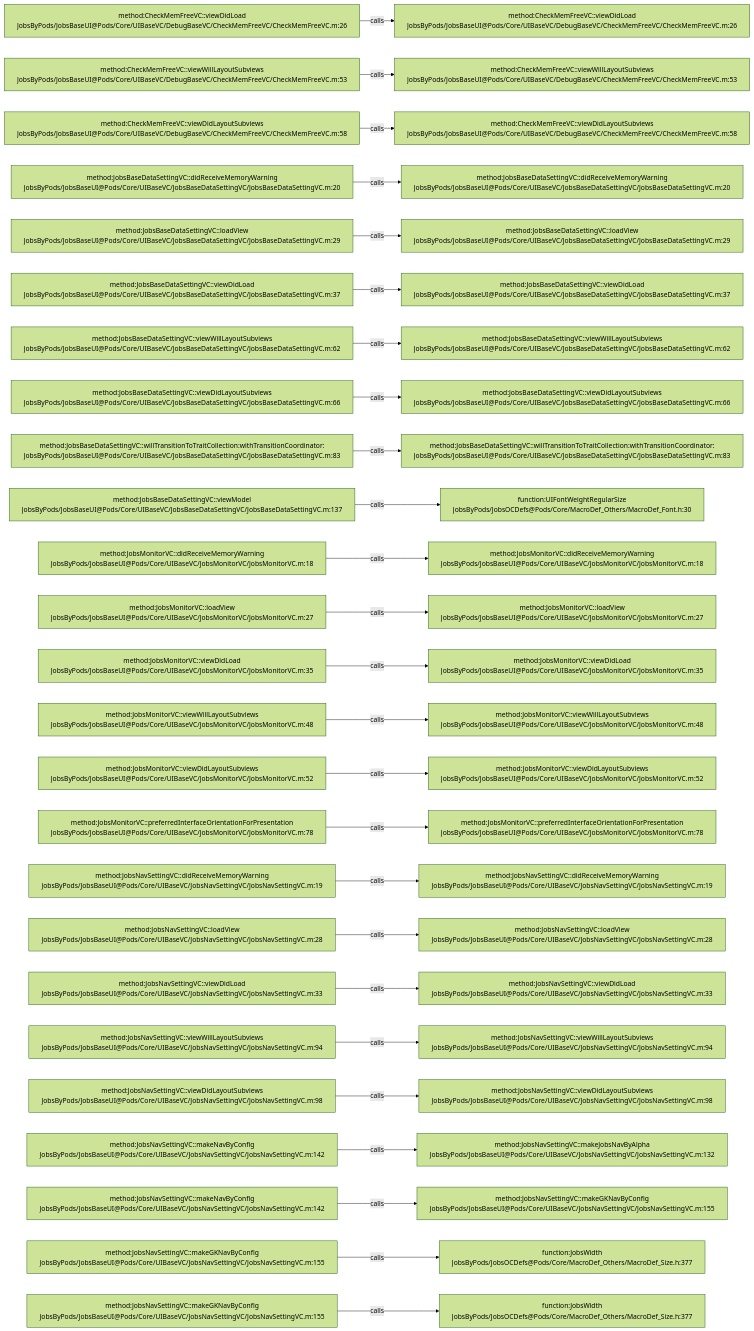
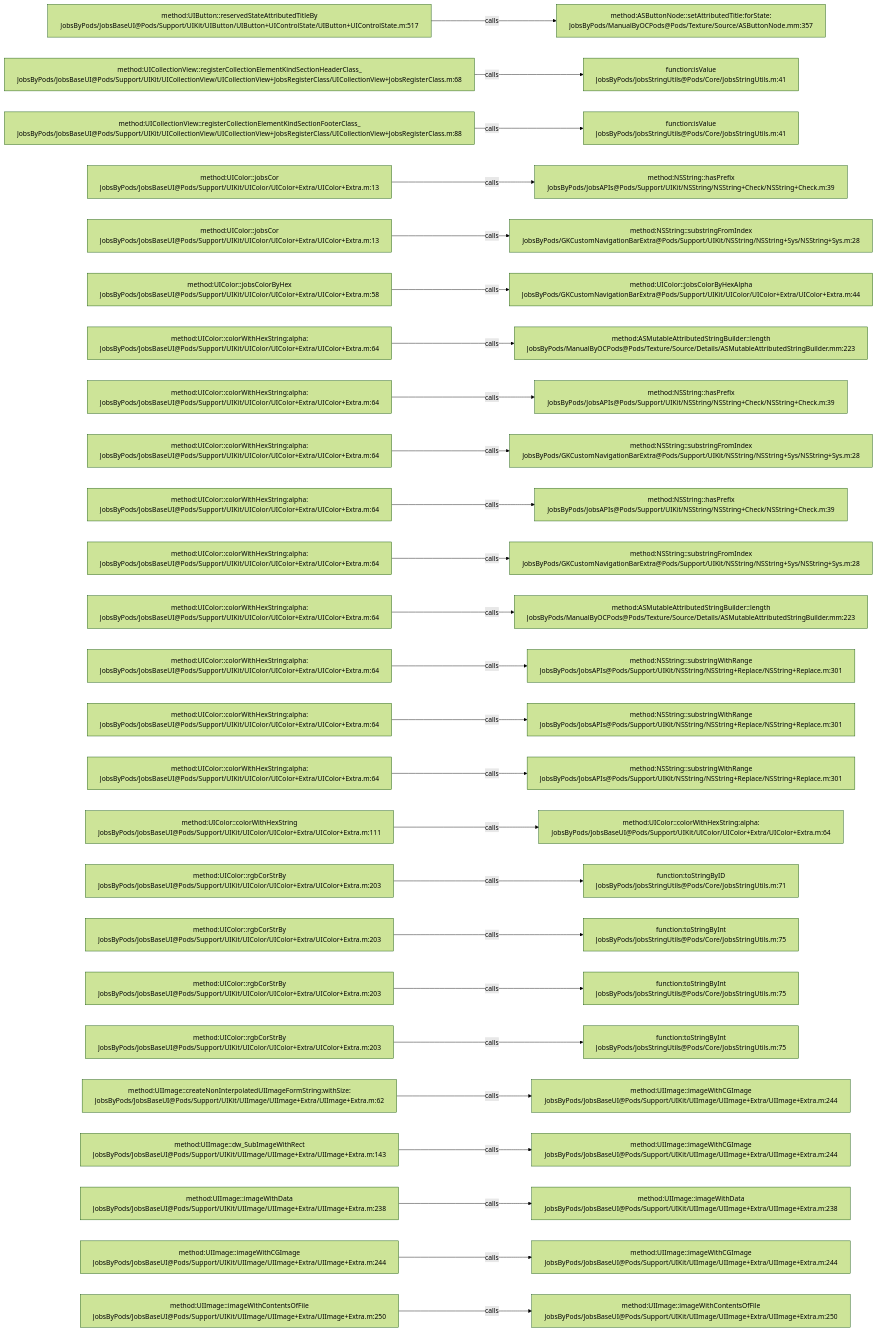
Before and after one commit to JobsKits/JobsOCBaseConfigDemo: the diagram in .codegraph/codegraph.md/graphs/calls-044.md, drawn with Mermaid (forest theme). The commit also changed 1026 other files, not shown here.

````diff
--- a/.codegraph/codegraph.md/graphs/calls-044.md
+++ b/.codegraph/codegraph.md/graphs/calls-044.md
@@ -13,78 +13,78 @@
 ```mermaid
 flowchart LR
-  S1["method:CheckMemFreeVC::viewDidLoad<br/>JobsByPods/JobsBaseUI@Pods/Core/UIBaseVC/DebugBaseVC/CheckMemFreeVC/CheckMemFreeVC.m:26"]
-  T1["method:CheckMemFreeVC::viewDidLoad<br/>JobsByPods/JobsBaseUI@Pods/Core/UIBaseVC/DebugBaseVC/CheckMemFreeVC/CheckMemFreeVC.m:26"]
+  S1["method:UIButton::reservedStateAttributedTitleBy<br/>JobsByPods/JobsBaseUI@Pods/Support/UIKit/UIButton/UIButton+UIControlState/UIButton+UIControlState.m:517"]
+  T1["method:ASButtonNode::setAttributedTitle:forState:<br/>JobsByPods/ManualByOCPods@Pods/Texture/Source/ASButtonNode.mm:357"]
   S1 -->|calls| T1
-  S2["method:CheckMemFreeVC::viewWillLayoutSubviews<br/>JobsByPods/JobsBaseUI@Pods/Core/UIBaseVC/DebugBaseVC/CheckMemFreeVC/CheckMemFreeVC.m:53"]
-  T2["method:CheckMemFreeVC::viewWillLayoutSubviews<br/>JobsByPods/JobsBaseUI@Pods/Core/UIBaseVC/DebugBaseVC/CheckMemFreeVC/CheckMemFreeVC.m:53"]
+  S2["method:UICollectionView::registerCollectionElementKindSectionHeaderClass_<br/>JobsByPods/JobsBaseUI@Pods/Support/UIKit/UICollectionView/UICollectionView+JobsRegisterClass/UICollectionView+JobsRegisterClass.m:68"]
+  T2["function:isValue<br/>JobsByPods/JobsStringUtils@Pods/Core/JobsStringUtils.m:41"]
   S2 -->|calls| T2
-  S3["method:CheckMemFreeVC::viewDidLayoutSubviews<br/>JobsByPods/JobsBaseUI@Pods/Core/UIBaseVC/DebugBaseVC/CheckMemFreeVC/CheckMemFreeVC.m:58"]
-  T3["method:CheckMemFreeVC::viewDidLayoutSubviews<br/>JobsByPods/JobsBaseUI@Pods/Core/UIBaseVC/DebugBaseVC/CheckMemFreeVC/CheckMemFreeVC.m:58"]
+  S3["method:UICollectionView::registerCollectionElementKindSectionFooterClass_<br/>JobsByPods/JobsBaseUI@Pods/Support/UIKit/UICollectionView/UICollectionView+JobsRegisterClass/UICollectionView+JobsRegisterClass.m:88"]
+  T3["function:isValue<br/>JobsByPods/JobsStringUtils@Pods/Core/JobsStringUtils.m:41"]
   S3 -->|calls| T3
-  S4["method:JobsBaseDataSettingVC::didReceiveMemoryWarning<br/>JobsByPods/JobsBaseUI@Pods/Core/UIBaseVC/JobsBaseDataSettingVC/JobsBaseDataSettingVC.m:20"]
-  T4["method:JobsBaseDataSettingVC::didReceiveMemoryWarning<br/>JobsByPods/JobsBaseUI@Pods/Core/UIBaseVC/JobsBaseDataSettingVC/JobsBaseDataSettingVC.m:20"]
+  S4["method:UIColor::jobsCor<br/>JobsByPods/JobsBaseUI@Pods/Support/UIKit/UIColor/UIColor+Extra/UIColor+Extra.m:13"]
+  T4["method:NSString::hasPrefix<br/>JobsByPods/JobsAPIs@Pods/Support/UIKit/NSString/NSString+Check/NSString+Check.m:39"]
   S4 -->|calls| T4
-  S5["method:JobsBaseDataSettingVC::loadView<br/>JobsByPods/JobsBaseUI@Pods/Core/UIBaseVC/JobsBaseDataSettingVC/JobsBaseDataSettingVC.m:29"]
-  T5["method:JobsBaseDataSettingVC::loadView<br/>JobsByPods/JobsBaseUI@Pods/Core/UIBaseVC/JobsBaseDataSettingVC/JobsBaseDataSettingVC.m:29"]
+  S5["method:UIColor::jobsCor<br/>JobsByPods/JobsBaseUI@Pods/Support/UIKit/UIColor/UIColor+Extra/UIColor+Extra.m:13"]
+  T5["method:NSString::substringFromIndex<br/>JobsByPods/GKCustomNavigationBarExtra@Pods/Support/UIKit/NSString/NSString+Sys/NSString+Sys.m:28"]
   S5 -->|calls| T5
-  S6["method:JobsBaseDataSettingVC::viewDidLoad<br/>JobsByPods/JobsBaseUI@Pods/Core/UIBaseVC/JobsBaseDataSettingVC/JobsBaseDataSettingVC.m:37"]
-  T6["method:JobsBaseDataSettingVC::viewDidLoad<br/>JobsByPods/JobsBaseUI@Pods/Core/UIBaseVC/JobsBaseDataSettingVC/JobsBaseDataSettingVC.m:37"]
+  S6["method:UIColor::jobsColorByHex<br/>JobsByPods/JobsBaseUI@Pods/Support/UIKit/UIColor/UIColor+Extra/UIColor+Extra.m:58"]
+  T6["method:UIColor::jobsColorByHexAlpha<br/>JobsByPods/GKCustomNavigationBarExtra@Pods/Support/UIKit/UIColor/UIColor+Extra/UIColor+Extra.m:44"]
   S6 -->|calls| T6
-  S7["method:JobsBaseDataSettingVC::viewWillLayoutSubviews<br/>JobsByPods/JobsBaseUI@Pods/Core/UIBaseVC/JobsBaseDataSettingVC/JobsBaseDataSettingVC.m:62"]
-  T7["method:JobsBaseDataSettingVC::viewWillLayoutSubviews<br/>JobsByPods/JobsBaseUI@Pods/Core/UIBaseVC/JobsBaseDataSettingVC/JobsBaseDataSettingVC.m:62"]
+  S7["method:UIColor::colorWithHexString:alpha:<br/>JobsByPods/JobsBaseUI@Pods/Support/UIKit/UIColor/UIColor+Extra/UIColor+Extra.m:64"]
+  T7["method:ASMutableAttributedStringBuilder::length<br/>JobsByPods/ManualByOCPods@Pods/Texture/Source/Details/ASMutableAttributedStringBuilder.mm:223"]
   S7 -->|calls| T7
-  S8["method:JobsBaseDataSettingVC::viewDidLayoutSubviews<br/>JobsByPods/JobsBaseUI@Pods/Core/UIBaseVC/JobsBaseDataSettingVC/JobsBaseDataSettingVC.m:66"]
-  T8["method:JobsBaseDataSettingVC::viewDidLayoutSubviews<br/>JobsByPods/JobsBaseUI@Pods/Core/UIBaseVC/JobsBaseDataSettingVC/JobsBaseDataSettingVC.m:66"]
+  S8["method:UIColor::colorWithHexString:alpha:<br/>JobsByPods/JobsBaseUI@Pods/Support/UIKit/UIColor/UIColor+Extra/UIColor+Extra.m:64"]
+  T8["method:NSString::hasPrefix<br/>JobsByPods/JobsAPIs@Pods/Support/UIKit/NSString/NSString+Check/NSString+Check.m:39"]
   S8 -->|calls| T8
-  S9["method:JobsBaseDataSettingVC::willTransitionToTraitCollection:withTransitionCoordinator:<br/>JobsByPods/JobsBaseUI@Pods/Core/UIBaseVC/JobsBaseDataSettingVC/JobsBaseDataSettingVC.m:83"]
-  T9["method:JobsBaseDataSettingVC::willTransitionToTraitCollection:withTransitionCoordinator:<br/>JobsByPods/JobsBaseUI@Pods/Core/UIBaseVC/JobsBaseDataSettingVC/JobsBaseDataSettingVC.m:83"]
+  S9["method:UIColor::colorWithHexString:alpha:<br/>JobsByPods/JobsBaseUI@Pods/Support/UIKit/UIColor/UIColor+Extra/UIColor+Extra.m:64"]
+  T9["method:NSString::substringFromIndex<br/>JobsByPods/GKCustomNavigationBarExtra@Pods/Support/UIKit/NSString/NSString+Sys/NSString+Sys.m:28"]
   S9 -->|calls| T9
-  S10["method:JobsBaseDataSettingVC::viewModel<br/>JobsByPods/JobsBaseUI@Pods/Core/UIBaseVC/JobsBaseDataSettingVC/JobsBaseDataSettingVC.m:137"]
-  T10["function:UIFontWeightRegularSize<br/>JobsByPods/JobsOCDefs@Pods/Core/MacroDef_Others/MacroDef_Font.h:30"]
+  S10["method:UIColor::colorWithHexString:alpha:<br/>JobsByPods/JobsBaseUI@Pods/Support/UIKit/UIColor/UIColor+Extra/UIColor+Extra.m:64"]
+  T10["method:NSString::hasPrefix<br/>JobsByPods/JobsAPIs@Pods/Support/UIKit/NSString/NSString+Check/NSString+Check.m:39"]
   S10 -->|calls| T10
-  S11["method:JobsMonitorVC::didReceiveMemoryWarning<br/>JobsByPods/JobsBaseUI@Pods/Core/UIBaseVC/JobsMonitorVC/JobsMonitorVC.m:18"]
-  T11["method:JobsMonitorVC::didReceiveMemoryWarning<br/>JobsByPods/JobsBaseUI@Pods/Core/UIBaseVC/JobsMonitorVC/JobsMonitorVC.m:18"]
+  S11["method:UIColor::colorWithHexString:alpha:<br/>JobsByPods/JobsBaseUI@Pods/Support/UIKit/UIColor/UIColor+Extra/UIColor+Extra.m:64"]
+  T11["method:NSString::substringFromIndex<br/>JobsByPods/GKCustomNavigationBarExtra@Pods/Support/UIKit/NSString/NSString+Sys/NSString+Sys.m:28"]
   S11 -->|calls| T11
-  S12["method:JobsMonitorVC::loadView<br/>JobsByPods/JobsBaseUI@Pods/Core/UIBaseVC/JobsMonitorVC/JobsMonitorVC.m:27"]
-  T12["method:JobsMonitorVC::loadView<br/>JobsByPods/JobsBaseUI@Pods/Core/UIBaseVC/JobsMonitorVC/JobsMonitorVC.m:27"]
+  S12["method:UIColor::colorWithHexString:alpha:<br/>JobsByPods/JobsBaseUI@Pods/Support/UIKit/UIColor/UIColor+Extra/UIColor+Extra.m:64"]
+  T12["method:ASMutableAttributedStringBuilder::length<br/>JobsByPods/ManualByOCPods@Pods/Texture/Source/Details/ASMutableAttributedStringBuilder.mm:223"]
   S12 -->|calls| T12
-  S13["method:JobsMonitorVC::viewDidLoad<br/>JobsByPods/JobsBaseUI@Pods/Core/UIBaseVC/JobsMonitorVC/JobsMonitorVC.m:35"]
-  T13["method:JobsMonitorVC::viewDidLoad<br/>JobsByPods/JobsBaseUI@Pods/Core/UIBaseVC/JobsMonitorVC/JobsMonitorVC.m:35"]
+  S13["method:UIColor::colorWithHexString:alpha:<br/>JobsByPods/JobsBaseUI@Pods/Support/UIKit/UIColor/UIColor+Extra/UIColor+Extra.m:64"]
+  T13["method:NSString::substringWithRange<br/>JobsByPods/JobsAPIs@Pods/Support/UIKit/NSString/NSString+Replace/NSString+Replace.m:301"]
   S13 -->|calls| T13
-  S14["method:JobsMonitorVC::viewWillLayoutSubviews<br/>JobsByPods/JobsBaseUI@Pods/Core/UIBaseVC/JobsMonitorVC/JobsMonitorVC.m:48"]
-  T14["method:JobsMonitorVC::viewWillLayoutSubviews<br/>JobsByPods/JobsBaseUI@Pods/Core/UIBaseVC/JobsMonitorVC/JobsMonitorVC.m:48"]
+  S14["method:UIColor::colorWithHexString:alpha:<br/>JobsByPods/JobsBaseUI@Pods/Support/UIKit/UIColor/UIColor+Extra/UIColor+Extra.m:64"]
+  T14["method:NSString::substringWithRange<br/>JobsByPods/JobsAPIs@Pods/Support/UIKit/NSString/NSString+Replace/NSString+Replace.m:301"]
   S14 -->|calls| T14
-  S15["method:JobsMonitorVC::viewDidLayoutSubviews<br/>JobsByPods/JobsBaseUI@Pods/Core/UIBaseVC/JobsMonitorVC/JobsMonitorVC.m:52"]
-  T15["method:JobsMonitorVC::viewDidLayoutSubviews<br/>JobsByPods/JobsBaseUI@Pods/Core/UIBaseVC/JobsMonitorVC/JobsMonitorVC.m:52"]
+  S15["method:UIColor::colorWithHexString:alpha:<br/>JobsByPods/JobsBaseUI@Pods/Support/UIKit/UIColor/UIColor+Extra/UIColor+Extra.m:64"]
+  T15["method:NSString::substringWithRange<br/>JobsByPods/JobsAPIs@Pods/Support/UIKit/NSString/NSString+Replace/NSString+Replace.m:301"]
   S15 -->|calls| T15
-  S16["method:JobsMonitorVC::preferredInterfaceOrientationForPresentation<br/>JobsByPods/JobsBaseUI@Pods/Core/UIBaseVC/JobsMonitorVC/JobsMonitorVC.m:78"]
-  T16["method:JobsMonitorVC::preferredInterfaceOrientationForPresentation<br/>JobsByPods/JobsBaseUI@Pods/Core/UIBaseVC/JobsMonitorVC/JobsMonitorVC.m:78"]
+  S16["method:UIColor::colorWithHexString<br/>JobsByPods/JobsBaseUI@Pods/Support/UIKit/UIColor/UIColor+Extra/UIColor+Extra.m:111"]
+  T16["method:UIColor::colorWithHexString:alpha:<br/>JobsByPods/JobsBaseUI@Pods/Support/UIKit/UIColor/UIColor+Extra/UIColor+Extra.m:64"]
   S16 -->|calls| T16
-  S17["method:JobsNavSettingVC::didReceiveMemoryWarning<br/>JobsByPods/JobsBaseUI@Pods/Core/UIBaseVC/JobsNavSettingVC/JobsNavSettingVC.m:19"]
-  T17["method:JobsNavSettingVC::didReceiveMemoryWarning<br/>JobsByPods/JobsBaseUI@Pods/Core/UIBaseVC/JobsNavSettingVC/JobsNavSettingVC.m:19"]
+  S17["method:UIColor::rgbCorStrBy<br/>JobsByPods/JobsBaseUI@Pods/Support/UIKit/UIColor/UIColor+Extra/UIColor+Extra.m:203"]
+  T17["function:toStringByID<br/>JobsByPods/JobsStringUtils@Pods/Core/JobsStringUtils.m:71"]
   S17 -->|calls| T17
-  S18["method:JobsNavSettingVC::loadView<br/>JobsByPods/JobsBaseUI@Pods/Core/UIBaseVC/JobsNavSettingVC/JobsNavSettingVC.m:28"]
-  T18["method:JobsNavSettingVC::loadView<br/>JobsByPods/JobsBaseUI@Pods/Core/UIBaseVC/JobsNavSettingVC/JobsNavSettingVC.m:28"]
+  S18["method:UIColor::rgbCorStrBy<br/>JobsByPods/JobsBaseUI@Pods/Support/UIKit/UIColor/UIColor+Extra/UIColor+Extra.m:203"]
+  T18["function:toStringByInt<br/>JobsByPods/JobsStringUtils@Pods/Core/JobsStringUtils.m:75"]
   S18 -->|calls| T18
-  S19["method:JobsNavSettingVC::viewDidLoad<br/>JobsByPods/JobsBaseUI@Pods/Core/UIBaseVC/JobsNavSettingVC/JobsNavSettingVC.m:33"]
-  T19["method:JobsNavSettingVC::viewDidLoad<br/>JobsByPods/JobsBaseUI@Pods/Core/UIBaseVC/JobsNavSettingVC/JobsNavSettingVC.m:33"]
+  S19["method:UIColor::rgbCorStrBy<br/>JobsByPods/JobsBaseUI@Pods/Support/UIKit/UIColor/UIColor+Extra/UIColor+Extra.m:203"]
+  T19["function:toStringByInt<br/>JobsByPods/JobsStringUtils@Pods/Core/JobsStringUtils.m:75"]
   S19 -->|calls| T19
-  S20["method:JobsNavSettingVC::viewWillLayoutSubviews<br/>JobsByPods/JobsBaseUI@Pods/Core/UIBaseVC/JobsNavSettingVC/JobsNavSettingVC.m:94"]
-  T20["method:JobsNavSettingVC::viewWillLayoutSubviews<br/>JobsByPods/JobsBaseUI@Pods/Core/UIBaseVC/JobsNavSettingVC/JobsNavSettingVC.m:94"]
+  S20["method:UIColor::rgbCorStrBy<br/>JobsByPods/JobsBaseUI@Pods/Support/UIKit/UIColor/UIColor+Extra/UIColor+Extra.m:203"]
+  T20["function:toStringByInt<br/>JobsByPods/JobsStringUtils@Pods/Core/JobsStringUtils.m:75"]
   S20 -->|calls| T20
-  S21["method:JobsNavSettingVC::viewDidLayoutSubviews<br/>JobsByPods/JobsBaseUI@Pods/Core/UIBaseVC/JobsNavSettingVC/JobsNavSettingVC.m:98"]
-  T21["method:JobsNavSettingVC::viewDidLayoutSubviews<br/>JobsByPods/JobsBaseUI@Pods/Core/UIBaseVC/JobsNavSettingVC/JobsNavSettingVC.m:98"]
+  S21["method:UIImage::createNonInterpolatedUIImageFormString:withSize:<br/>JobsByPods/JobsBaseUI@Pods/Support/UIKit/UIImage/UIImage+Extra/UIImage+Extra.m:62"]
+  T21["method:UIImage::imageWithCGImage<br/>JobsByPods/JobsBaseUI@Pods/Support/UIKit/UIImage/UIImage+Extra/UIImage+Extra.m:244"]
   S21 -->|calls| T21
-  S22["method:JobsNavSettingVC::makeNavByConfig<br/>JobsByPods/JobsBaseUI@Pods/Core/UIBaseVC/JobsNavSettingVC/JobsNavSettingVC.m:142"]
-  T22["method:JobsNavSettingVC::makeJobsNavByAlpha<br/>JobsByPods/JobsBaseUI@Pods/Core/UIBaseVC/JobsNavSettingVC/JobsNavSettingVC.m:132"]
+  S22["method:UIImage::dw_SubImageWithRect<br/>JobsByPods/JobsBaseUI@Pods/Support/UIKit/UIImage/UIImage+Extra/UIImage+Extra.m:143"]
+  T22["method:UIImage::imageWithCGImage<br/>JobsByPods/JobsBaseUI@Pods/Support/UIKit/UIImage/UIImage+Extra/UIImage+Extra.m:244"]
   S22 -->|calls| T22
-  S23["method:JobsNavSettingVC::makeNavByConfig<br/>JobsByPods/JobsBaseUI@Pods/Core/UIBaseVC/JobsNavSettingVC/JobsNavSettingVC.m:142"]
-  T23["method:JobsNavSettingVC::makeGKNavByConfig<br/>JobsByPods/JobsBaseUI@Pods/Core/UIBaseVC/JobsNavSettingVC/JobsNavSettingVC.m:155"]
+  S23["method:UIImage::imageWithData<br/>JobsByPods/JobsBaseUI@Pods/Support/UIKit/UIImage/UIImage+Extra/UIImage+Extra.m:238"]
+  T23["method:UIImage::imageWithData<br/>JobsByPods/JobsBaseUI@Pods/Support/UIKit/UIImage/UIImage+Extra/UIImage+Extra.m:238"]
   S23 -->|calls| T23
-  S24["method:JobsNavSettingVC::makeGKNavByConfig<br/>JobsByPods/JobsBaseUI@Pods/Core/UIBaseVC/JobsNavSettingVC/JobsNavSettingVC.m:155"]
-  T24["function:JobsWidth<br/>JobsByPods/JobsOCDefs@Pods/Core/MacroDef_Others/MacroDef_Size.h:377"]
+  S24["method:UIImage::imageWithCGImage<br/>JobsByPods/JobsBaseUI@Pods/Support/UIKit/UIImage/UIImage+Extra/UIImage+Extra.m:244"]
+  T24["method:UIImage::imageWithCGImage<br/>JobsByPods/JobsBaseUI@Pods/Support/UIKit/UIImage/UIImage+Extra/UIImage+Extra.m:244"]
   S24 -->|calls| T24
-  S25["method:JobsNavSettingVC::makeGKNavByConfig<br/>JobsByPods/JobsBaseUI@Pods/Core/UIBaseVC/JobsNavSettingVC/JobsNavSettingVC.m:155"]
-  T25["function:JobsWidth<br/>JobsByPods/JobsOCDefs@Pods/Core/MacroDef_Others/MacroDef_Size.h:377"]
+  S25["method:UIImage::imageWithContentsOfFile<br/>JobsByPods/JobsBaseUI@Pods/Support/UIKit/UIImage/UIImage+Extra/UIImage+Extra.m:250"]
+  T25["method:UIImage::imageWithContentsOfFile<br/>JobsByPods/JobsBaseUI@Pods/Support/UIKit/UIImage/UIImage+Extra/UIImage+Extra.m:250"]
   S25 -->|calls| T25
 ```
````
